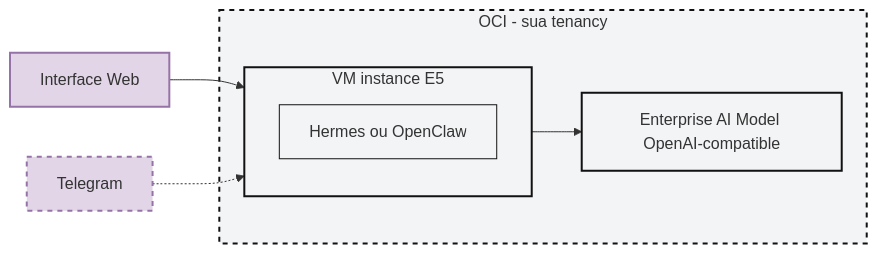
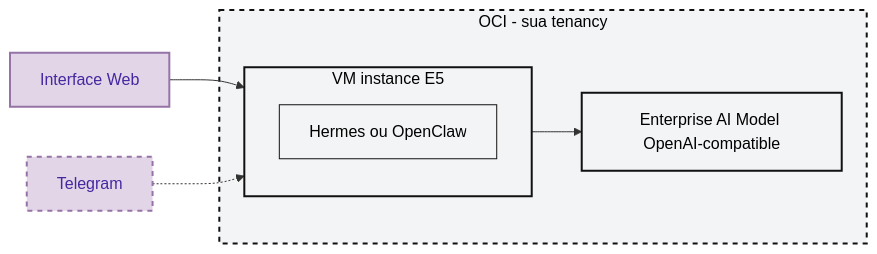
One commit to Gusttavosant/oracle changed the diagram in Agent Station Experience/README.md. Above: the diagram before and after it, drawn with Mermaid. The commit also changed other lines of this file, not shown here.

Commit message:
Update README with new zip file and color styles

````diff
--- a/Agent Station Experience/README.md
+++ b/Agent Station Experience/README.md
@@ -35,27 +35,27 @@
 ```mermaid
 flowchart LR
     Web["Interface Web"]
     Telegram["Telegram"]
 
     subgraph OCI["OCI - sua tenancy"]
         subgraph VM["VM instance E5"]
             App["Hermes ou OpenClaw"]
         end
         Model["Enterprise AI Model OpenAI-compatible"]
 
         VM --> Model
     end
 
     Web --> VM
     Telegram -.-> VM
 
     class Web,Telegram purpleBox
-    classDef purpleBox fill:#e1d5e7,stroke:#9673a6,stroke-width:2px
+    classDef purpleBox fill:#e1d5e7,stroke:#9673a6,stroke-width:2px,color:#4527a0
 
-    style Telegram stroke-dasharray: 5 5
+    style Telegram stroke-dasharray: 5 5,color:#4527a0
 
-    style OCI fill:#f3f4f6,stroke:#111111,stroke-width:2px,stroke-dasharray: 5 5
-    style VM fill:#f3f4f6,stroke:#111111,stroke-width:2px
-    style App fill:#f3f4f6,stroke:#111111,stroke-width:1px
-    style Model fill:#f3f4f6,stroke:#111111,stroke-width:2px
+    style OCI fill:#f3f4f6,stroke:#111111,stroke-width:2px,stroke-dasharray: 5 5,color:#000000
+    style VM fill:#f3f4f6,stroke:#111111,stroke-width:2px,color:#000000
+    style App fill:#f3f4f6,stroke:#111111,stroke-width:1px,color:#000000
+    style Model fill:#f3f4f6,stroke:#111111,stroke-width:2px,color:#000000
 ```
````
